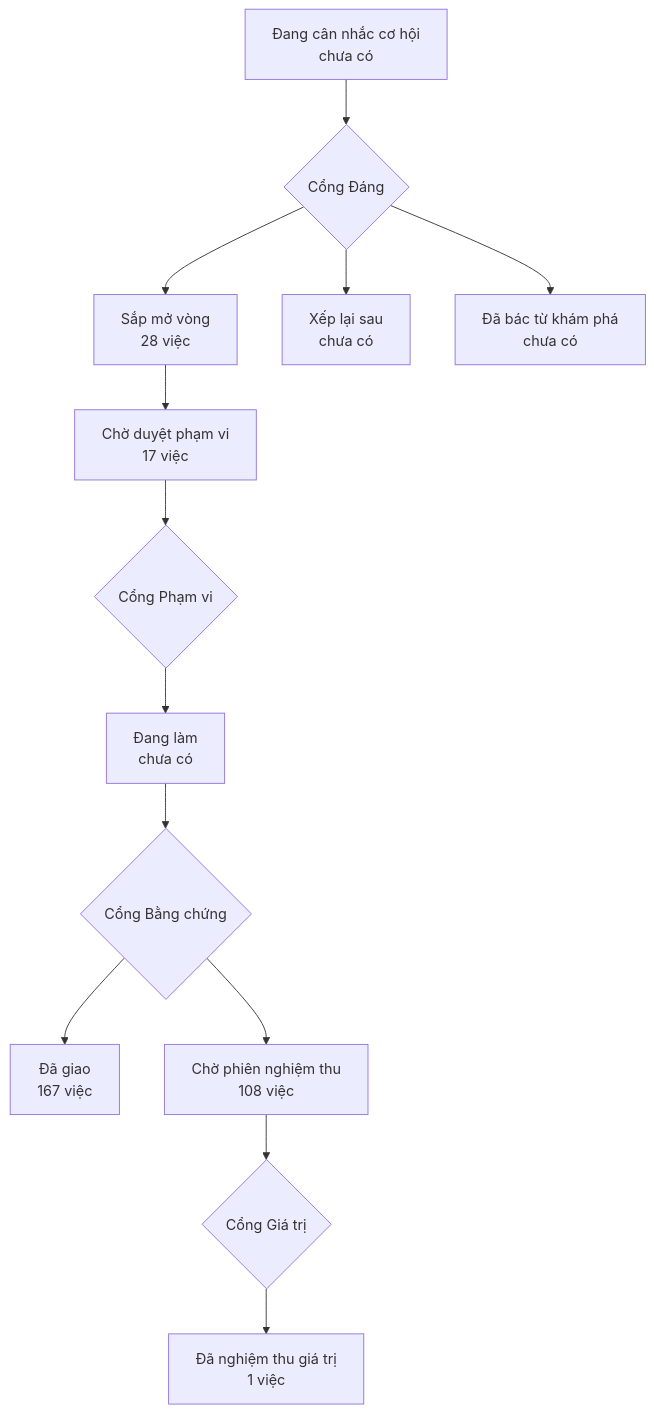
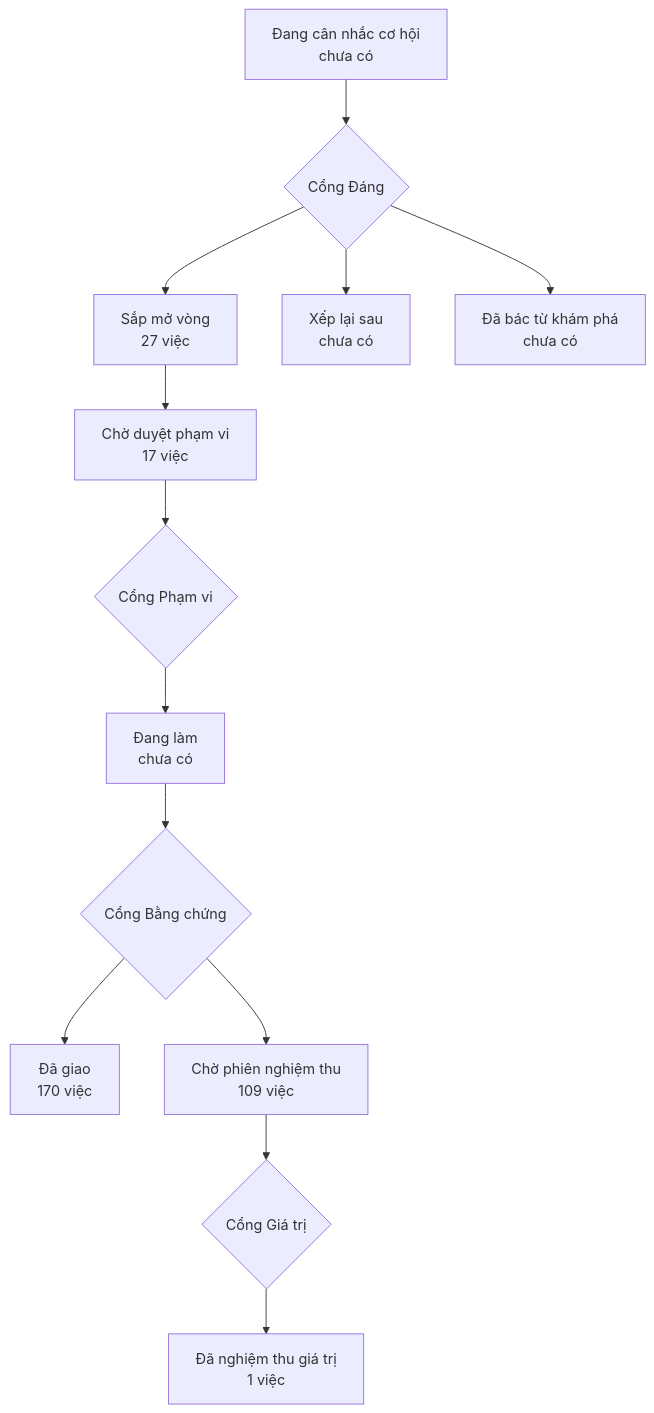
Before and after one commit to phanlemanh/onehub-invest: the diagram in PRODUCT-MAP.md, drawn with Mermaid. The commit also changed other lines of this file and 1 other file, not shown here.

Commit message:
docs: vẽ lại PRODUCT-MAP và LO-TRINH sau khi gộp main (doc-gop-env-rong)

````diff
--- a/PRODUCT-MAP.md
+++ b/PRODUCT-MAP.md
@@ -7,12 +7,12 @@
 ```mermaid
 flowchart TD
   A["Đang cân nhắc cơ hội<br/>chưa có"] --> GD{"Cổng Đáng"}
-  GD --> B["Sắp mở vòng<br/>28 việc"]
+  GD --> B["Sắp mở vòng<br/>27 việc"]
   GD --> XL["Xếp lại sau<br/>chưa có"]
   GD --> DB["Đã bác từ khám phá<br/>chưa có"]
   B --> CD["Chờ duyệt phạm vi<br/>17 việc"] --> GP{"Cổng Phạm vi"}
   GP --> DL["Đang làm<br/>chưa có"] --> GB{"Cổng Bằng chứng"}
-  GB --> DG["Đã giao<br/>167 việc"]
-  GB --> CN["Chờ phiên nghiệm thu<br/>108 việc"] --> GG{"Cổng Giá trị"}
+  GB --> DG["Đã giao<br/>170 việc"]
+  GB --> CN["Chờ phiên nghiệm thu<br/>109 việc"] --> GG{"Cổng Giá trị"}
   GG --> NT["Đã nghiệm thu giá trị<br/>1 việc"]
 ```
````
